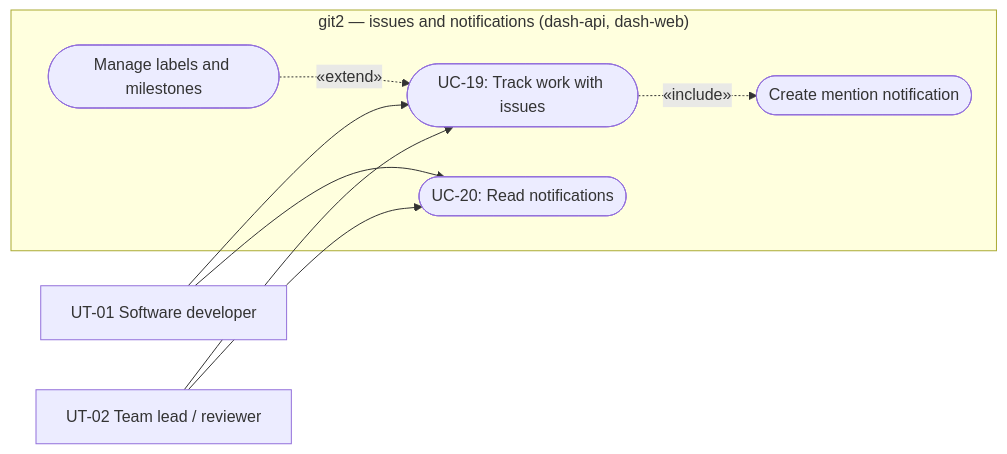
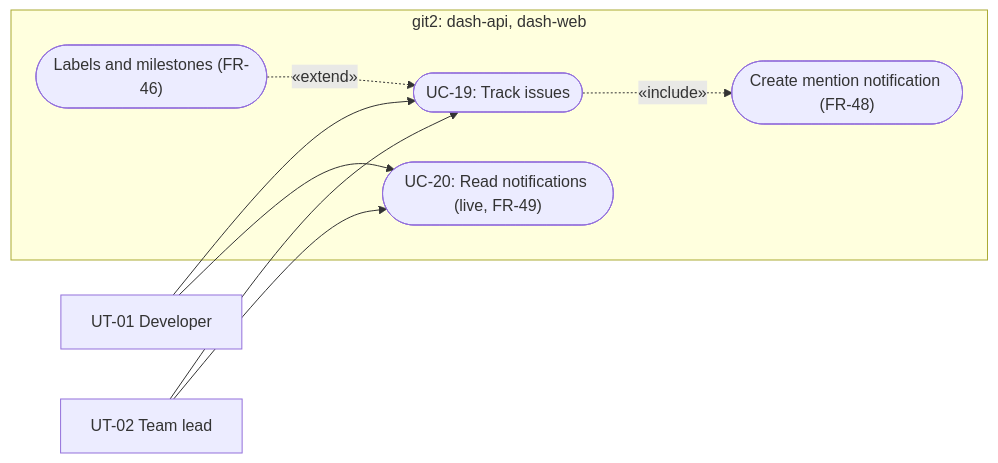
The sixth of 13 diagrams in docs/project_docs/to_customer/RequirementsSpecification.md (git2-project/git2), drawn with Mermaid before and after one commit. The commit also changed other lines of this file, not shown here.

First line of the commit message:
docs(req-spec): bring the reviewed Spec from PR #33 to dev/main

````diff
--- a/docs/project_docs/to_customer/RequirementsSpecification.md
+++ b/docs/project_docs/to_customer/RequirementsSpecification.md
@@ -777,19 +635,17 @@
 ```mermaid
 flowchart LR
-    Dev["UT-01 Software developer"]
-    Lead["UT-02 Team lead / reviewer"]
+    Dev["UT-01 Developer"]
+    Lead["UT-02 Team lead"]
 
-    subgraph System["git2 — issues and notifications (dash-api, dash-web)"]
-        UC19(["UC-19: Track work with issues"])
-        UC20(["UC-20: Read notifications"])
-        Labels(["Manage labels and milestones"])
-        Mention(["Create mention notification"])
+    subgraph System["git2: dash-api, dash-web"]
+        UC19(["UC-19: Track issues"])
+        UC20(["UC-20: Read notifications (live, FR-49)"])
+        Labels(["Labels and milestones (FR-46)"])
+        Mention(["Create mention notification (FR-48)"])
     end
 
-    Lead --> UC19
-    Dev --> UC19
-    Dev --> UC20
-    Lead --> UC20
+    Lead --> UC19 & UC20
+    Dev --> UC19 & UC20
     Labels -.->|«extend»| UC19
     UC19 -.->|«include»| Mention
 ```
````
